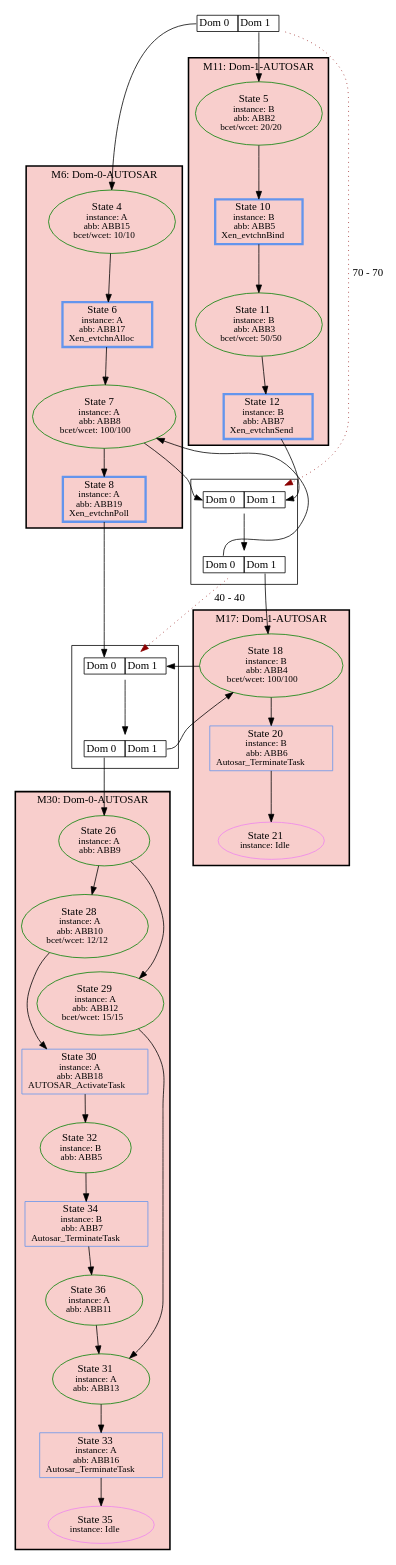
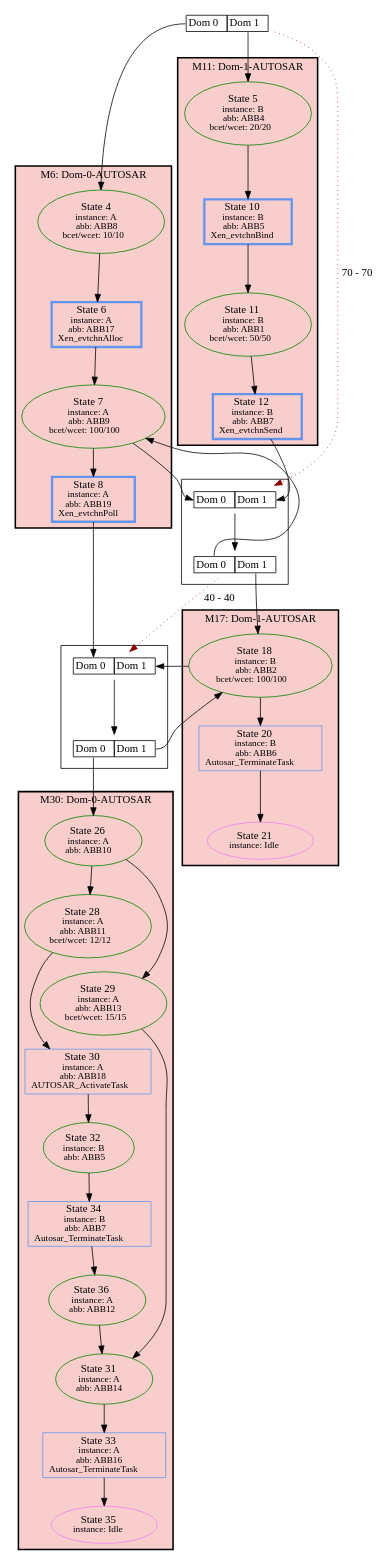
Before and after one commit to luhsra/ara: the diagram in appl/Xen/hc-autosar-polled/HyperSSE.hc-autosar-polled.hstg.dot, drawn with Graphviz. The commit also changed 50 other files, not shown here.

Commit message:
HyperSSE-XenEval: update reference graphs because ABB numbers changed (not sure why)

```diff
--- a/appl/Xen/hc-autosar-polled/HyperSSE.hc-autosar-polled.hstg.dot
+++ b/appl/Xen/hc-autosar-polled/HyperSSE.hc-autosar-polled.hstg.dot
@@ -1,87 +1,87 @@
 digraph G {
 label="";
 1 [label=<<TABLE BORDER="0" CELLBORDER="1" CELLSPACING="0"><TR><TD PORT="c0">Dom 0</TD><TD PORT="c1">Dom 1</TD></TR></TABLE>>, shape=plaintext, tooltip=1];
 subgraph cluster_6 {
 label="M6: Dom-0-AUTOSAR";
 bgcolor="#F8CECC";
 style=bold;
-2 [fontsize=14, label=<State 4<br/><font point-size='12'>instance: A<br/>abb: ABB15<br/>bcet/wcet: 10/10</font>>, tooltip=2, style=solid, color=green];
+2 [fontsize=14, label=<State 4<br/><font point-size='12'>instance: A<br/>abb: ABB8<br/>bcet/wcet: 10/10</font>>, tooltip=2, style=solid, color=green];
 3 [fontsize=14, label=<State 6<br/><font point-size='12'>instance: A<br/>abb: ABB17<br/>Xen_evtchnAlloc</font>>, tooltip=3, color=cornflowerblue, shape=box, penwidth=3];
-4 [fontsize=14, label=<State 7<br/><font point-size='12'>instance: A<br/>abb: ABB8<br/>bcet/wcet: 100/100</font>>, tooltip=4, style=solid, color=green];
+4 [fontsize=14, label=<State 7<br/><font point-size='12'>instance: A<br/>abb: ABB9<br/>bcet/wcet: 100/100</font>>, tooltip=4, style=solid, color=green];
 5 [fontsize=14, label=<State 8<br/><font point-size='12'>instance: A<br/>abb: ABB19<br/>Xen_evtchnPoll</font>>, tooltip=5, color=cornflowerblue, shape=box, penwidth=3];
 }
 subgraph cluster_11 {
 label="M11: Dom-1-AUTOSAR";
 bgcolor="#F8CECC";
 style=bold;
 8 [fontsize=14, label=<State 10<br/><font point-size='12'>instance: B<br/>abb: ABB5<br/>Xen_evtchnBind</font>>, tooltip=8, color=cornflowerblue, shape=box, penwidth=3];
-9 [fontsize=14, label=<State 11<br/><font point-size='12'>instance: B<br/>abb: ABB3<br/>bcet/wcet: 50/50</font>>, tooltip=9, style=solid, color=green];
+9 [fontsize=14, label=<State 11<br/><font point-size='12'>instance: B<br/>abb: ABB1<br/>bcet/wcet: 50/50</font>>, tooltip=9, style=solid, color=green];
 10 [fontsize=14, label=<State 12<br/><font point-size='12'>instance: B<br/>abb: ABB7<br/>Xen_evtchnSend</font>>, tooltip=10, color=cornflowerblue, shape=box, penwidth=3];
-7 [fontsize=14, label=<State 5<br/><font point-size='12'>instance: B<br/>abb: ABB2<br/>bcet/wcet: 20/20</font>>, tooltip=7, style=solid, color=green];
+7 [fontsize=14, label=<State 5<br/><font point-size='12'>instance: B<br/>abb: ABB4<br/>bcet/wcet: 20/20</font>>, tooltip=7, style=solid, color=green];
 }
 subgraph cluster_17 {
 label="M17: Dom-1-AUTOSAR";
 bgcolor="#F8CECC";
 style=bold;
 16 [fontsize=14, label=<State 21<br/><font point-size='12'>instance: Idle</font>>, tooltip=16, style=solid, color=violet];
-14 [fontsize=14, label=<State 18<br/><font point-size='12'>instance: B<br/>abb: ABB4<br/>bcet/wcet: 100/100</font>>, tooltip=14, style=solid, color=green];
+14 [fontsize=14, label=<State 18<br/><font point-size='12'>instance: B<br/>abb: ABB2<br/>bcet/wcet: 100/100</font>>, tooltip=14, style=solid, color=green];
 15 [fontsize=14, label=<State 20<br/><font point-size='12'>instance: B<br/>abb: ABB6<br/>Autosar_TerminateTask</font>>, tooltip=15, color=cornflowerblue, shape=box];
 }
 subgraph cluster_30 {
 label="M30: Dom-0-AUTOSAR";
 bgcolor="#F8CECC";
 style=bold;
-20 [fontsize=14, label=<State 26<br/><font point-size='12'>instance: A<br/>abb: ABB9</font>>, tooltip=20, style=solid, color=green];
-21 [fontsize=14, label=<State 28<br/><font point-size='12'>instance: A<br/>abb: ABB10<br/>bcet/wcet: 12/12</font>>, tooltip=21, style=solid, color=green];
-22 [fontsize=14, label=<State 29<br/><font point-size='12'>instance: A<br/>abb: ABB12<br/>bcet/wcet: 15/15</font>>, tooltip=22, style=solid, color=green];
+20 [fontsize=14, label=<State 26<br/><font point-size='12'>instance: A<br/>abb: ABB10</font>>, tooltip=20, style=solid, color=green];
+21 [fontsize=14, label=<State 28<br/><font point-size='12'>instance: A<br/>abb: ABB11<br/>bcet/wcet: 12/12</font>>, tooltip=21, style=solid, color=green];
+22 [fontsize=14, label=<State 29<br/><font point-size='12'>instance: A<br/>abb: ABB13<br/>bcet/wcet: 15/15</font>>, tooltip=22, style=solid, color=green];
 23 [fontsize=14, label=<State 30<br/><font point-size='12'>instance: A<br/>abb: ABB18<br/>AUTOSAR_ActivateTask</font>>, tooltip=23, color=cornflowerblue, shape=box];
-24 [fontsize=14, label=<State 31<br/><font point-size='12'>instance: A<br/>abb: ABB13</font>>, tooltip=24, style=solid, color=green];
+24 [fontsize=14, label=<State 31<br/><font point-size='12'>instance: A<br/>abb: ABB14</font>>, tooltip=24, style=solid, color=green];
 25 [fontsize=14, label=<State 32<br/><font point-size='12'>instance: B<br/>abb: ABB5</font>>, tooltip=25, style=solid, color=green];
 26 [fontsize=14, label=<State 33<br/><font point-size='12'>instance: A<br/>abb: ABB16<br/>Autosar_TerminateTask</font>>, tooltip=26, color=cornflowerblue, shape=box];
 27 [fontsize=14, label=<State 34<br/><font point-size='12'>instance: B<br/>abb: ABB7<br/>Autosar_TerminateTask</font>>, tooltip=27, color=cornflowerblue, shape=box];
 28 [fontsize=14, label=<State 35<br/><font point-size='12'>instance: Idle</font>>, tooltip=28, style=solid, color=violet];
-29 [fontsize=14, label=<State 36<br/><font point-size='12'>instance: A<br/>abb: ABB11</font>>, tooltip=29, style=solid, color=green];
+29 [fontsize=14, label=<State 36<br/><font point-size='12'>instance: A<br/>abb: ABB12</font>>, tooltip=29, style=solid, color=green];
 }
 subgraph cluster_Metasync12 {
 label="";
 12 [label=<<TABLE BORDER="0" CELLBORDER="1" CELLSPACING="0"><TR><TD PORT="c0">Dom 0</TD><TD PORT="c1">Dom 1</TD></TR></TABLE>>, shape=plaintext, tooltip=12];
 13 [label=<<TABLE BORDER="0" CELLBORDER="1" CELLSPACING="0"><TR><TD PORT="c0">Dom 0</TD><TD PORT="c1">Dom 1</TD></TR></TABLE>>, shape=plaintext, tooltip=13];
 }
 subgraph cluster_Metasync18 {
 label="";
 18 [label=<<TABLE BORDER="0" CELLBORDER="1" CELLSPACING="0"><TR><TD PORT="c0">Dom 0</TD><TD PORT="c1">Dom 1</TD></TR></TABLE>>, shape=plaintext, tooltip=18];
 19 [label=<<TABLE BORDER="0" CELLBORDER="1" CELLSPACING="0"><TR><TD PORT="c0">Dom 0</TD><TD PORT="c1">Dom 1</TD></TR></TABLE>>, shape=plaintext, tooltip=19];
 }
 1:c0 -> 2 [color=black];
 1:c1 -> 7 [color=black];
 1 -> 12 [color=darkred, style=dotted, label="70 - 70"];
 2 -> 3 [color=black];
 3 -> 4 [color=black];
 4 -> 5 [color=black];
 4 -> 12:c0 [color=black];
 5 -> 18:c0 [color=black];
 7 -> 8 [color=black];
 8 -> 9 [color=black];
 9 -> 10 [color=black];
 10 -> 12:c1 [color=black];
 12 -> 13 [color=black];
 13:c1 -> 14 [color=black];
 13:c0 -> 4 [color=black];
 13 -> 18 [color=darkred, style=dotted, label="40 - 40"];
 14 -> 15 [color=black];
 14 -> 18:c1 [color=black];
 15 -> 16 [color=black];
 18 -> 19 [color=black];
 19:c0 -> 20 [color=black];
 19:c1 -> 14 [color=black];
 20 -> 21 [color=black];
 20 -> 22 [color=black];
 21 -> 23 [color=black];
 22 -> 24 [color=black];
 23 -> 25 [color=black];
 24 -> 26 [color=black];
 25 -> 27 [color=black];
 26 -> 28 [color=black];
 27 -> 29 [color=black];
 29 -> 24 [color=black];
 }
```
